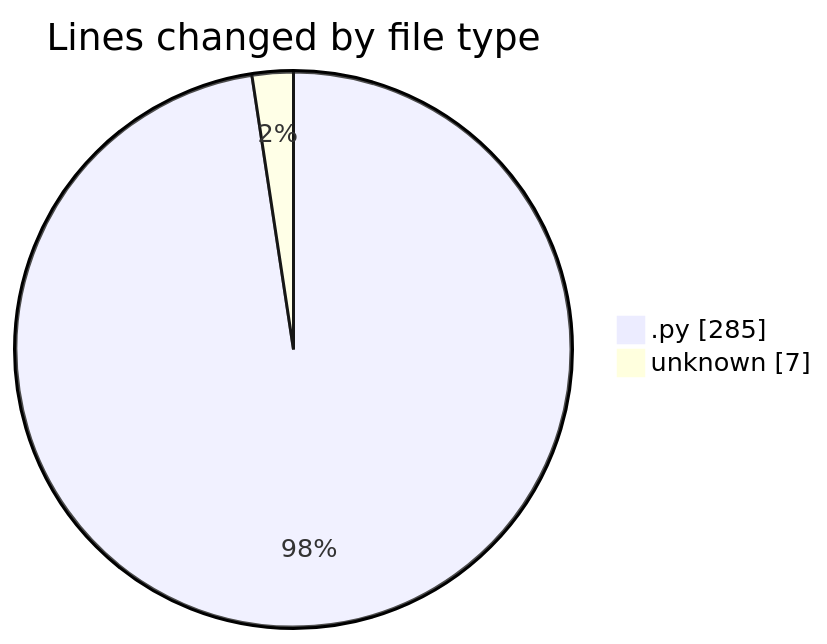
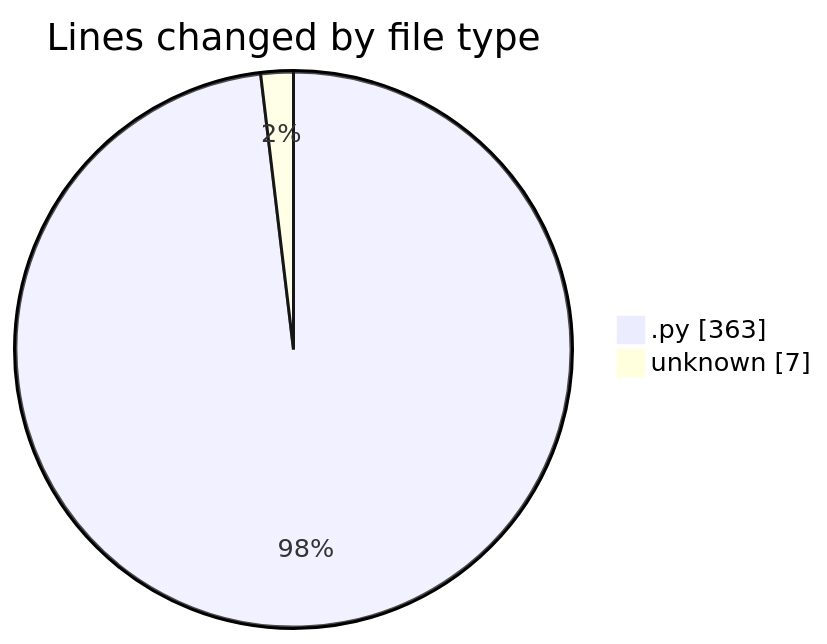
The first of 2 diagrams in 2026-09-21/video-downloader/README.md (momahboobian/code-tracking), drawn with Mermaid before and after one commit. The commit also changed other lines of this file and 1 other file, not shown here.

````diff
--- a/2026-09-21/video-downloader/README.md
+++ b/2026-09-21/video-downloader/README.md
@@ -22,6 +22,6 @@
 ```mermaid
 pie showData
 title Lines changed by file type
-".py" : 285
+".py" : 363
 "unknown" : 7
 ```
````
